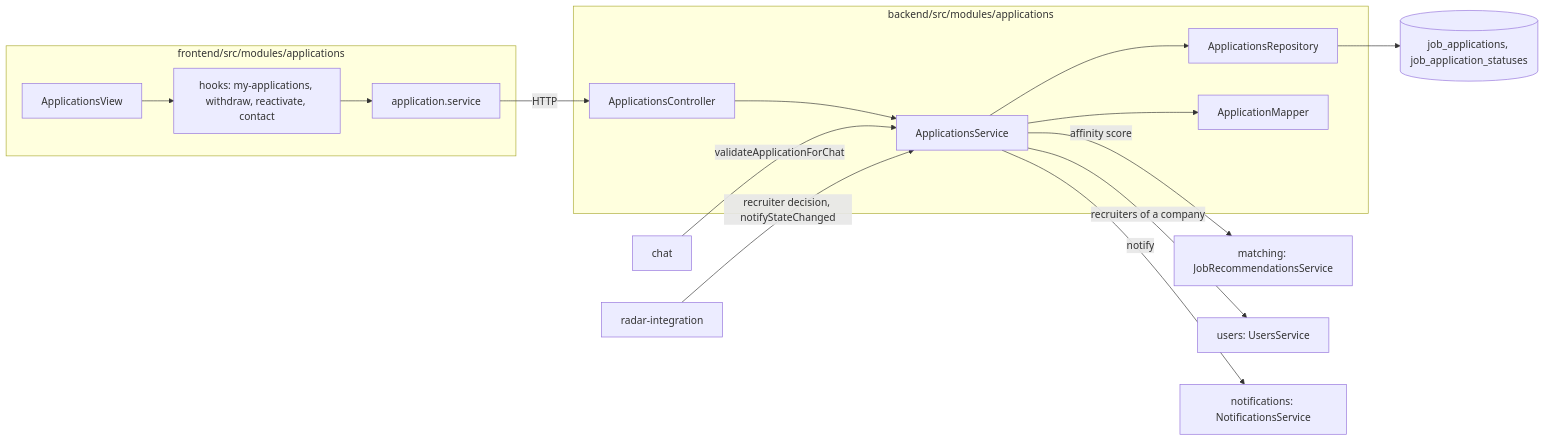
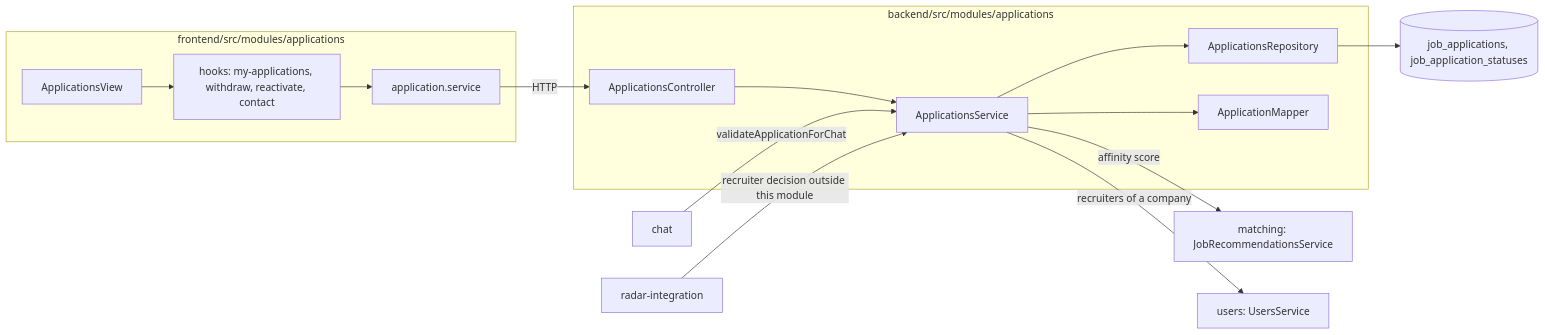
One commit to UMSSY/umssy-app changed the first of 4 diagrams in docs/applications/README.md. Above: the diagram before and after it, drawn with Mermaid. The commit also changed other lines of this file and 1 other file, not shown here.

````diff
--- a/docs/applications/README.md
+++ b/docs/applications/README.md
@@ -25,19 +23,18 @@
 ```mermaid
 flowchart LR
   subgraph Frontend["frontend/src/modules/applications"]
     V[ApplicationsView] --> H[hooks: my-applications, withdraw, reactivate, contact]
     H --> S[application.service]
   end
   S -->|HTTP| C[ApplicationsController]
   subgraph Backend["backend/src/modules/applications"]
     C --> SV[ApplicationsService]
     SV --> R[ApplicationsRepository]
     SV --> M[ApplicationMapper]
   end
   R --> DB[(job_applications, job_application_statuses)]
   SV -->|affinity score| MT[matching: JobRecommendationsService]
   SV -->|recruiters of a company| US[users: UsersService]
-  SV -->|notify| NT[notifications: NotificationsService]
   CH[chat] -->|validateApplicationForChat| SV
-  RD[radar-integration] -->|recruiter decision, notifyStateChanged| SV
+  RD[radar-integration] -->|recruiter decision outside this module| SV
 ```
````
